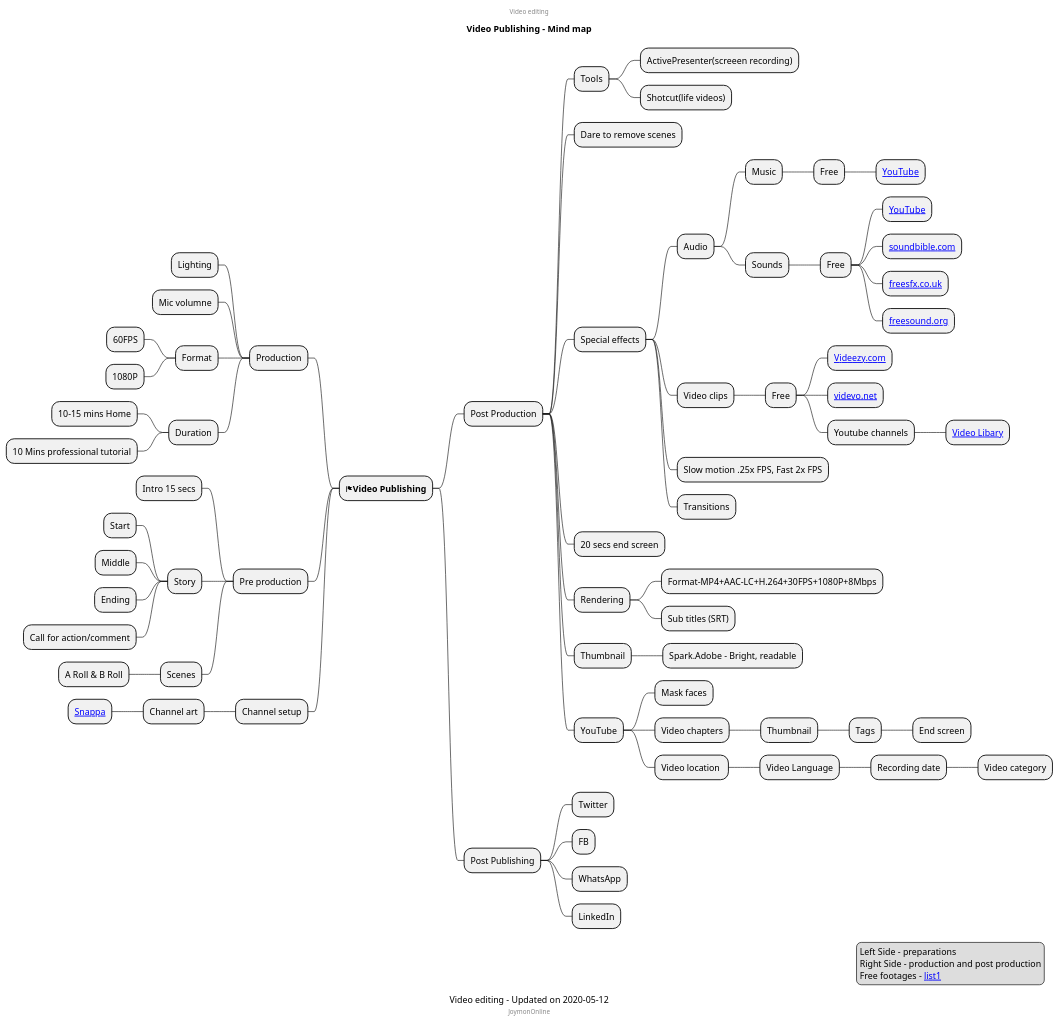
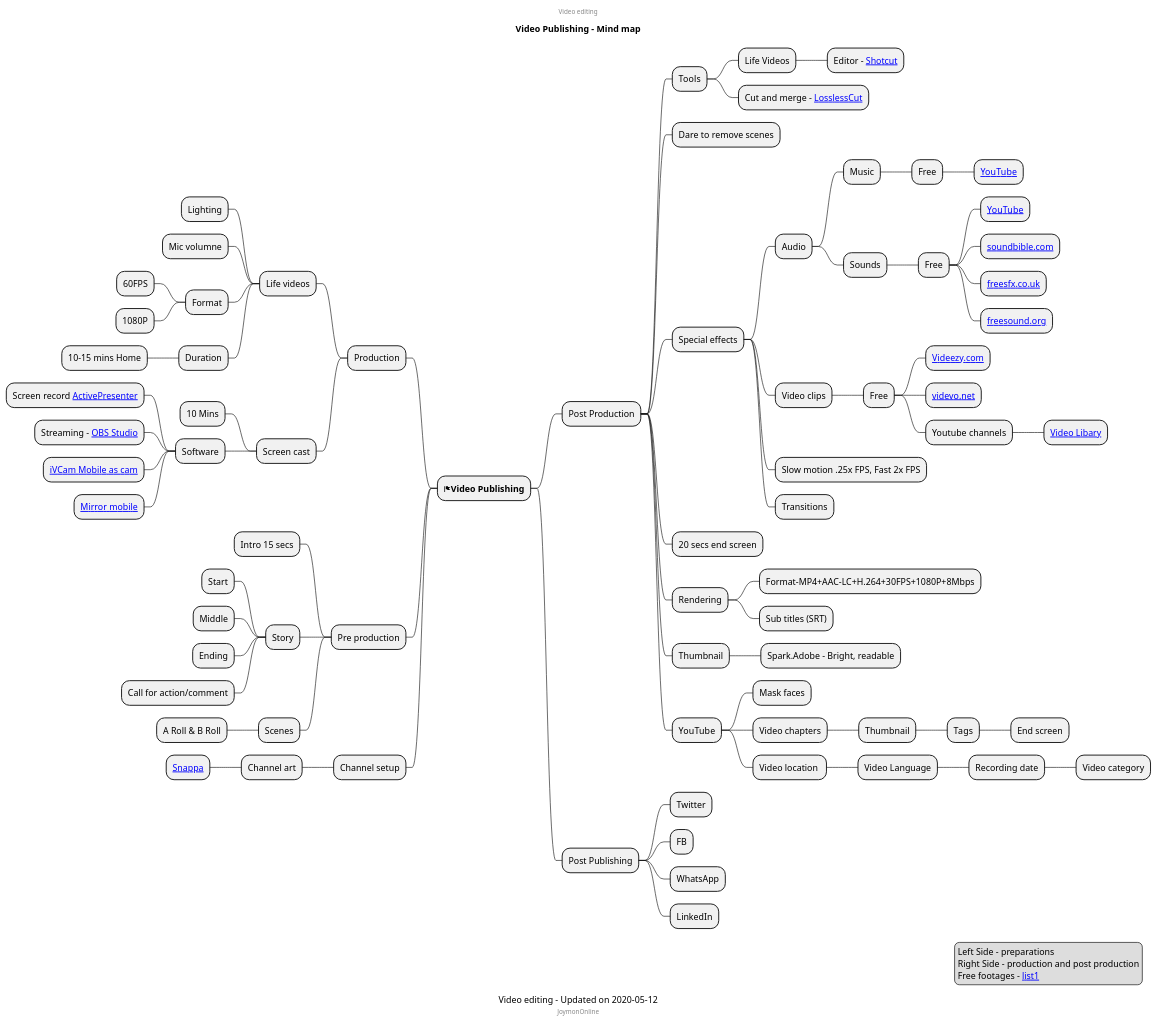
One commit to mind-maps/technology changed the diagram in media/video/publishing.puml. Above: the diagram before and after it, drawn with PlantUML.

Commit message:
updates to youtube publishing mindmap

```diff
--- a/media/video/publishing.puml
+++ b/media/video/publishing.puml
@@ -1,86 +1,95 @@
 @startmindmap
 caption Video editing - Updated on 2020-05-12
 title Video Publishing - Mind map
 center header
 Video editing
 endheader
 
 * <&flag><b>Video Publishing</b>
 
 ** Post Production
 *** Tools
-**** ActivePresenter(screeen recording)
-**** Shotcut(life videos)
+**** Life Videos
+***** Editor - [[https://shotcut.org/download/ Shotcut]]
+**** Cut and merge - [[https://github.com/mifi/lossless-cut/releases LosslessCut]]
+
 *** Dare to remove scenes
 *** Special effects
 **** Audio
 ***** Music
 ****** Free
 ******* [[https://www.youtube.com/audiolibrary/music?nv=1 YouTube]]
 ***** Sounds
 ****** Free
 ******* [[https://www.youtube.com/audiolibrary/soundeffects?nv=1 YouTube]]
 ******* [[https://soundbible.com/ soundbible.com]]
 ******* [[https://freesfx.co.uk/ freesfx.co.uk]]
 ******* [[https://freesound.org/ freesound.org]]
 **** Video clips
 ***** Free
 ****** [[https://www.videezy.com/ Videezy.com]]
 ****** [[https://www.videvo.net/ videvo.net]]
 ****** Youtube channels
 ******* [[https://www.youtube.com/channel/UC8ScFr0TdBPz9bLElei6-VA/videos Video Libary]]
 **** Slow motion .25x FPS, Fast 2x FPS
 **** Transitions
 *** 20 secs end screen
 *** Rendering
 **** Format-MP4+AAC-LC+H.264+30FPS+1080P+8Mbps
 **** Sub titles (SRT)
 *** Thumbnail
 **** Spark.Adobe - Bright, readable
 *** YouTube
 **** Mask faces
 **** Video chapters
 ***** Thumbnail
 ****** Tags
 ******* End screen
 **** Video location 
 ***** Video Language
 ****** Recording date
 ******* Video category
 
 ** Post Publishing
 *** Twitter
 *** FB
 *** WhatsApp
 *** LinkedIn
 
 left side
 ** Production
-*** Lighting
-*** Mic volumne
-*** Format
-**** 60FPS
-**** 1080P
-*** Duration
-**** 10-15 mins Home
-**** 10 Mins professional tutorial
+*** Life videos
+**** Lighting
+**** Mic volumne
+**** Format
+***** 60FPS
+***** 1080P
+**** Duration
+***** 10-15 mins Home
+*** Screen cast
+**** 10 Mins
+**** Software
+***** Screen record [[https://atomisystems.com/download/ ActivePresenter]]
+***** Streaming - [[https://obsproject.com/download OBS Studio]]
+***** [[https://www.e2esoft.com/ivcam/ iVCam Mobile as cam]]
+***** [[https://www.apowersoft.com/phone-mirror Mirror mobile]]
 ** Pre production
 *** Intro 15 secs
 *** Story
 **** Start
 **** Middle
 **** Ending
 ****  Call for action/comment
 *** Scenes
 **** A Roll & B Roll
 ** Channel setup
 *** Channel art
 **** [[https://snappa.com/ Snappa]]
 center footer JoymonOnline
 
 legend right
   Left Side - preparations
   Right Side - production and post production
   Free footages - [[https://www.oberlo.com/blog/free-stock-video-websites list1]]
 endlegend
 @endmindmap
```
